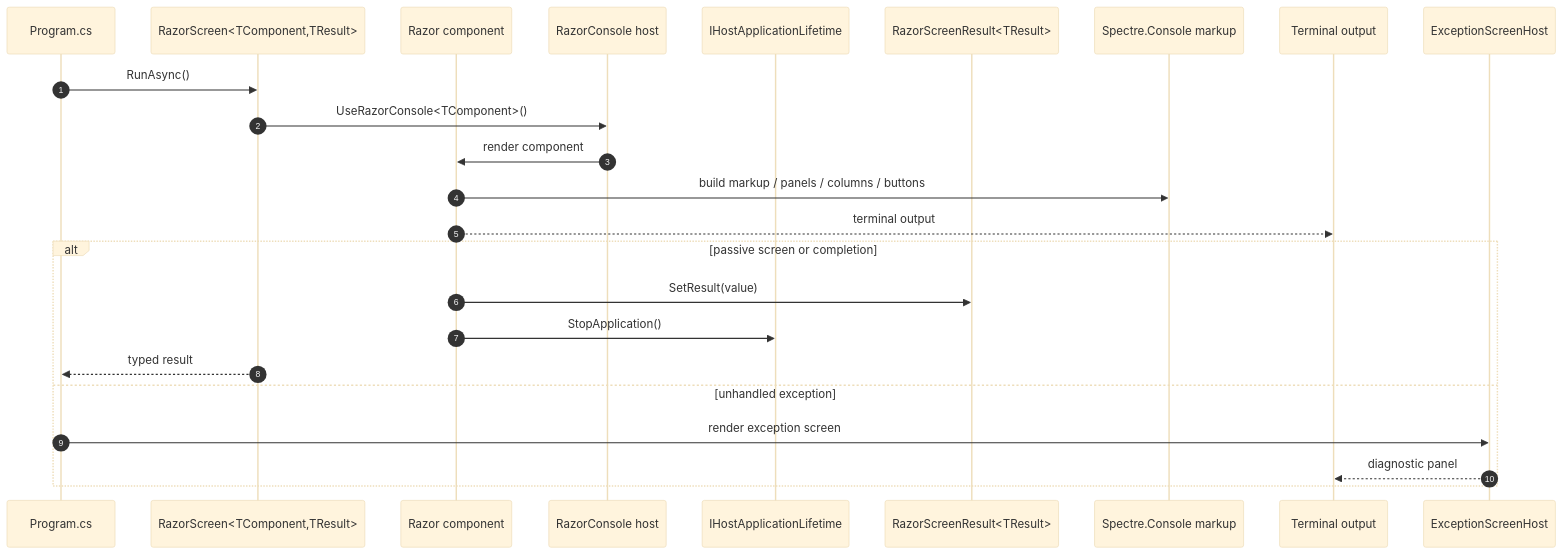
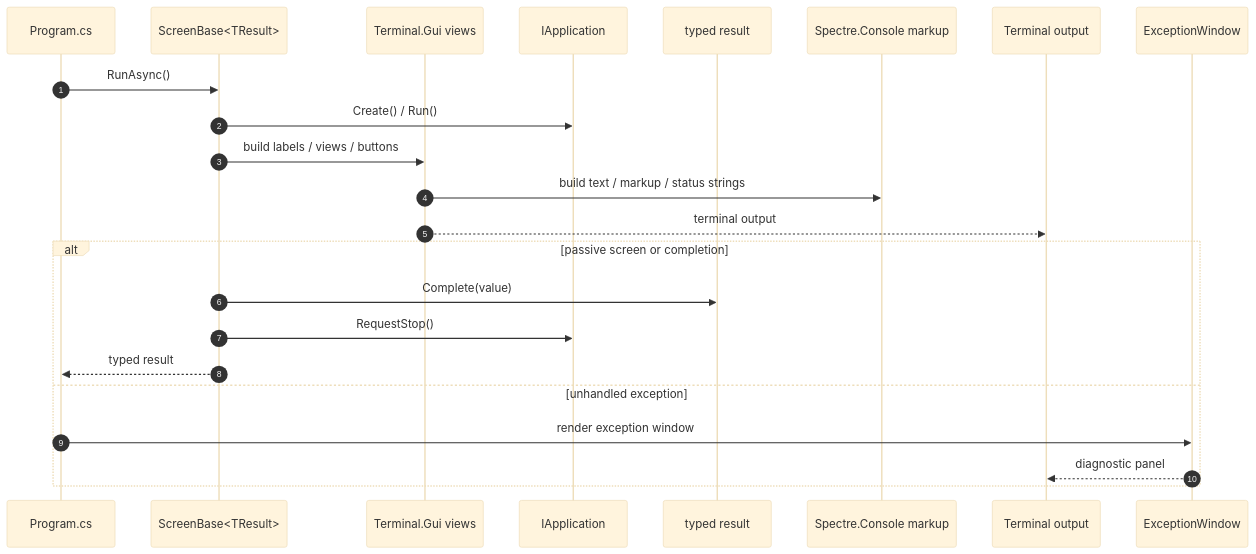
The seventh of 14 diagrams in docs/specs/diagrams/2026-04-25-cli-flows-and-architecture.md (umbertotechnopreneur/YAi), drawn with Mermaid (base theme) before and after one commit. The commit also changed other lines of this file and 65 other files, not shown here.

````diff
--- a/docs/specs/diagrams/2026-04-25-cli-flows-and-architecture.md
+++ b/docs/specs/diagrams/2026-04-25-cli-flows-and-architecture.md
@@ -337,28 +337,27 @@
 ```mermaid
 sequenceDiagram
     autonumber
     participant Program as Program.cs
-    participant Host as RazorScreen<TComponent,TResult>
-    participant Component as Razor component
-    participant Razor as RazorConsole host
-    participant AppLifetime as IHostApplicationLifetime
-    participant Result as RazorScreenResult<TResult>
+    participant Window as ScreenBase<TResult>
+    participant View as Terminal.Gui views
+    participant App as IApplication
+    participant Result as typed result
     participant Spectre as Spectre.Console markup
     participant Shell as Terminal output
-    participant Errors as ExceptionScreenHost
+    participant Errors as ExceptionWindow
 
-    Program->>Host: RunAsync()
-    Host->>Razor: UseRazorConsole<TComponent>()
-    Razor->>Component: render component
-    Component->>Spectre: build markup / panels / columns / buttons
-    Component-->>Shell: terminal output
+    Program->>Window: RunAsync()
+    Window->>App: Create() / Run()
+    Window->>View: build labels / views / buttons
+    View->>Spectre: build text / markup / status strings
+    View-->>Shell: terminal output
 
     alt passive screen or completion
-        Component->>Result: SetResult(value)
-        Component->>AppLifetime: StopApplication()
-        Host-->>Program: typed result
+        Window->>Result: Complete(value)
+        Window->>App: RequestStop()
+        Window-->>Program: typed result
     else unhandled exception
-        Program->>Errors: render exception screen
+        Program->>Errors: render exception window
         Errors-->>Shell: diagnostic panel
     end
 ```
````
